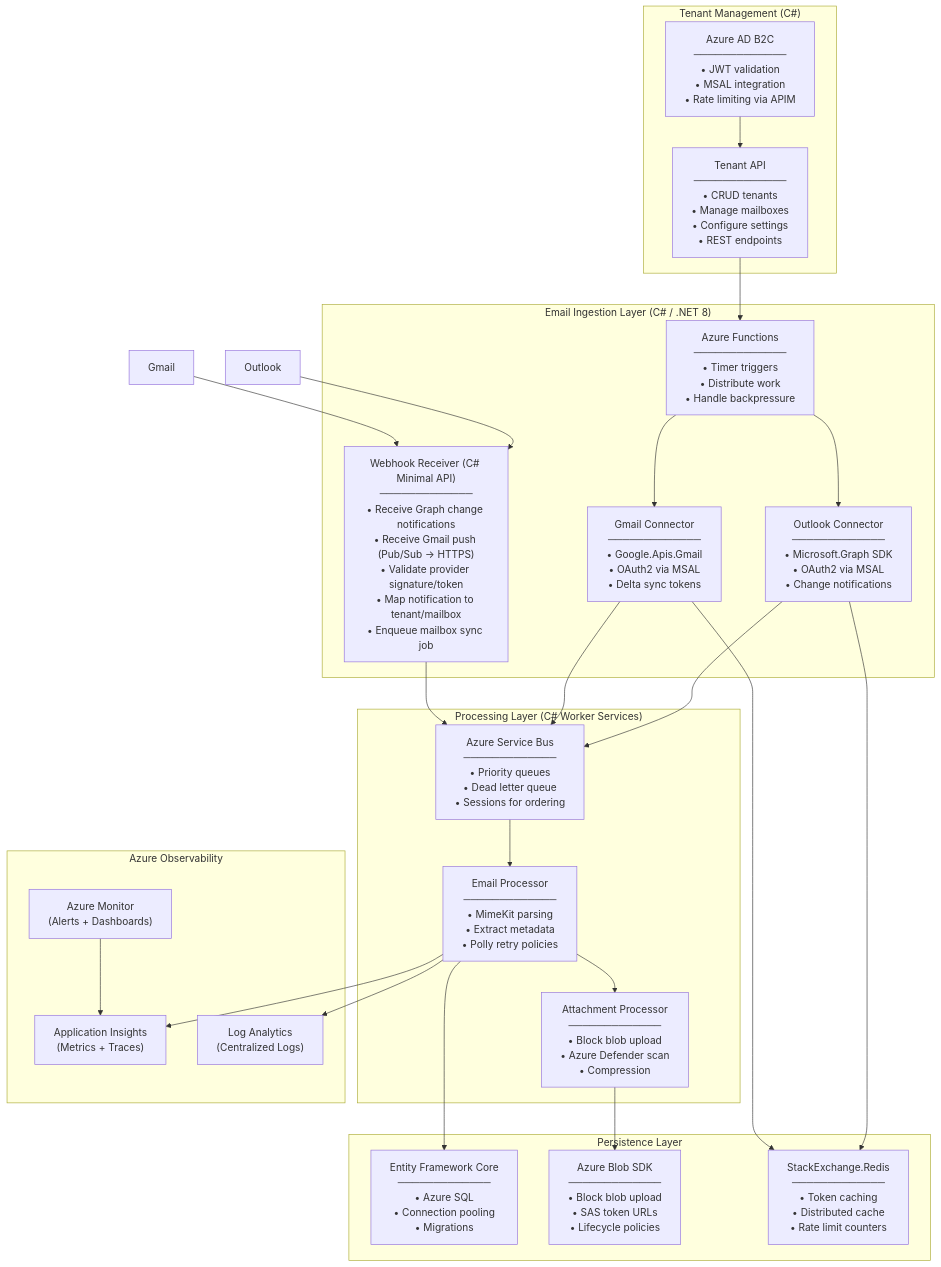
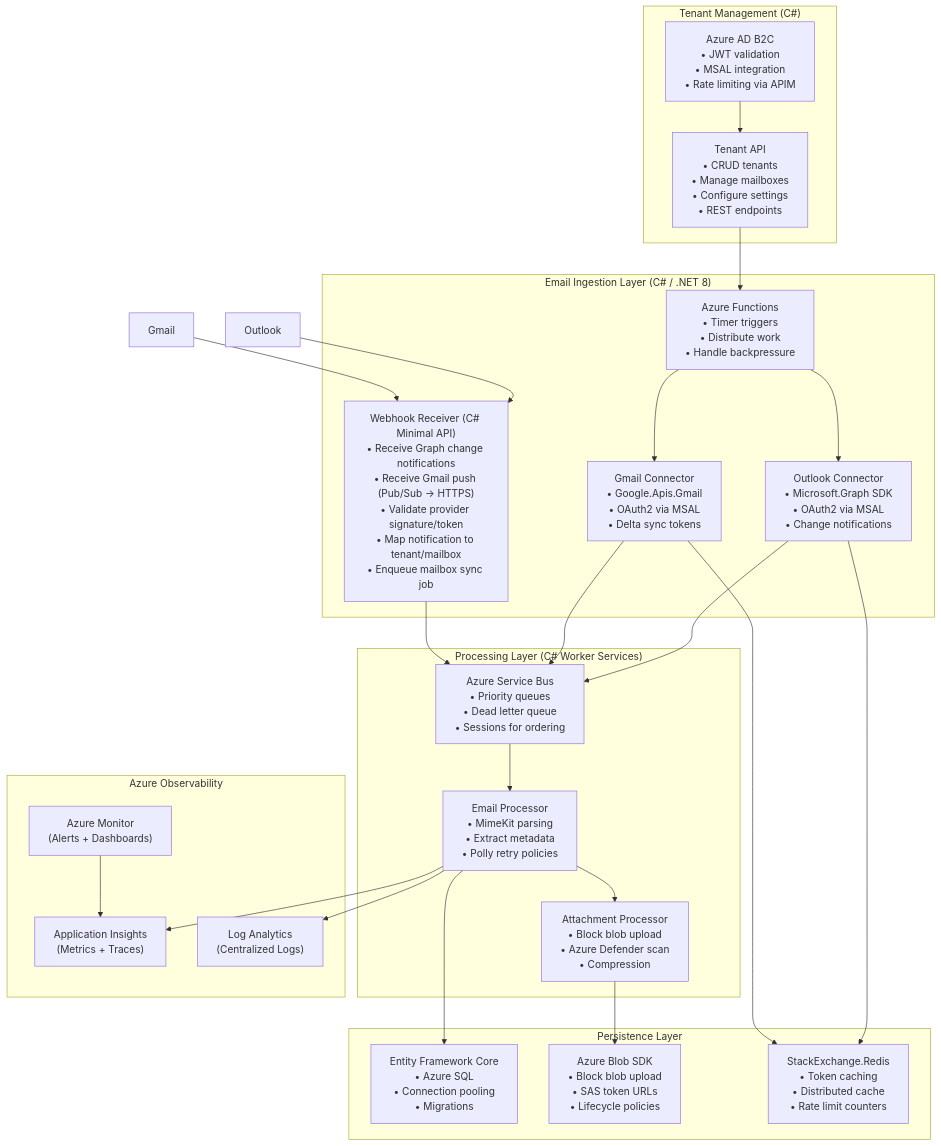
Before and after one commit to MarounM93/gekko-waybills: the second of 7 diagrams in MAIL_UPLOADER_ARCHITECTURE.md, drawn with Mermaid.

Commit message:
Final submission: backend, frontend, caching, logging, docs & architecture

````diff
--- a/MAIL_UPLOADER_ARCHITECTURE.md
+++ b/MAIL_UPLOADER_ARCHITECTURE.md
@@ -108,66 +108,66 @@
 ```mermaid
 flowchart TB
     subgraph Tenant_Management["Tenant Management (C#)"]
-        TenantAPI["Tenant API\n─────────────\n• CRUD tenants\n• Manage mailboxes\n• Configure settings\n• REST endpoints"]
-        AuthService["Azure AD B2C\n─────────────\n• JWT validation\n• MSAL integration\n• Rate limiting via APIM"]
+        TenantAPI["Tenant API\n• CRUD tenants\n• Manage mailboxes\n• Configure settings\n• REST endpoints"]
+        AuthService["Azure AD B2C\n• JWT validation\n• MSAL integration\n• Rate limiting via APIM"]
     end
 
     subgraph Email_Ingestion["Email Ingestion Layer (C# / .NET 8)"]
-        Scheduler["Azure Functions\n─────────────\n• Timer triggers\n• Distribute work\n• Handle backpressure"]
+        Scheduler["Azure Functions\n• Timer triggers\n• Distribute work\n• Handle backpressure"]
 
-        WebhookReceiver["Webhook Receiver (C# Minimal API)\n─────────────\n• Receive Graph change notifications\n• Receive Gmail push (Pub/Sub -> HTTPS)\n• Validate provider signature/token\n• Map notification to tenant/mailbox\n• Enqueue mailbox sync job"]
+        WebhookReceiver["Webhook Receiver (C# Minimal API)\n• Receive Graph change notifications\n• Receive Gmail push (Pub/Sub -> HTTPS)\n• Validate provider signature/token\n• Map notification to tenant/mailbox\n• Enqueue mailbox sync job"]
         
-        GmailConnector["Gmail Connector\n─────────────\n• Google.Apis.Gmail\n• OAuth2 via MSAL\n• Delta sync tokens"]
+        GmailConnector["Gmail Connector\n• Google.Apis.Gmail\n• OAuth2 via MSAL\n• Delta sync tokens"]
         
-        OutlookConnector["Outlook Connector\n─────────────\n• Microsoft.Graph SDK\n• OAuth2 via MSAL\n• Change notifications"]
+        OutlookConnector["Outlook Connector\n• Microsoft.Graph SDK\n• OAuth2 via MSAL\n• Change notifications"]
     end
 
     subgraph Processing["Processing Layer (C# Worker Services)"]
-        EmailQueue["Azure Service Bus\n─────────────\n• Priority queues\n• Dead letter queue\n• Sessions for ordering"]
+        EmailQueue["Azure Service Bus\n• Priority queues\n• Dead letter queue\n• Sessions for ordering"]
         
-        EmailProcessor["Email Processor\n─────────────\n• MimeKit parsing\n• Extract metadata\n• Polly retry policies"]
+        EmailProcessor["Email Processor\n• MimeKit parsing\n• Extract metadata\n• Polly retry policies"]
         
-        AttachmentProcessor["Attachment Processor\n─────────────\n• Block blob upload\n• Azure Defender scan\n• Compression"]
+        AttachmentProcessor["Attachment Processor\n• Block blob upload\n• Azure Defender scan\n• Compression"]
     end
 
     subgraph Persistence["Persistence Layer"]
-        DBService["Entity Framework Core\n─────────────\n• Azure SQL\n• Connection pooling\n• Migrations"]
+        DBService["Entity Framework Core\n• Azure SQL\n• Connection pooling\n• Migrations"]
         
-        StorageService["Azure Blob SDK\n─────────────\n• Block blob upload\n• SAS token URLs\n• Lifecycle policies"]
+        StorageService["Azure Blob SDK\n• Block blob upload\n• SAS token URLs\n• Lifecycle policies"]
         
-        CacheService["StackExchange.Redis\n─────────────\n• Token caching\n• Distributed cache\n• Rate limit counters"]
+        CacheService["StackExchange.Redis\n• Token caching\n• Distributed cache\n• Rate limit counters"]
     end
 
     subgraph Observability["Azure Observability"]
         AppInsights["Application Insights\n(Metrics + Traces)"]
         LogAnalytics["Log Analytics\n(Centralized Logs)"]
         AzureMonitor["Azure Monitor\n(Alerts + Dashboards)"]
     end
 
     TenantAPI --> Scheduler
     AuthService --> TenantAPI
 
     Gmail --> WebhookReceiver
     Outlook --> WebhookReceiver
     
     Scheduler --> GmailConnector
     Scheduler --> OutlookConnector
 
     WebhookReceiver --> EmailQueue
     
     GmailConnector --> EmailQueue
     OutlookConnector --> EmailQueue
     
     EmailQueue --> EmailProcessor
     EmailProcessor --> AttachmentProcessor
     
     EmailProcessor --> DBService
     AttachmentProcessor --> StorageService
     
     GmailConnector --> CacheService
     OutlookConnector --> CacheService
     
     EmailProcessor --> AppInsights
     EmailProcessor --> LogAnalytics
     AzureMonitor --> AppInsights
 ```
````
